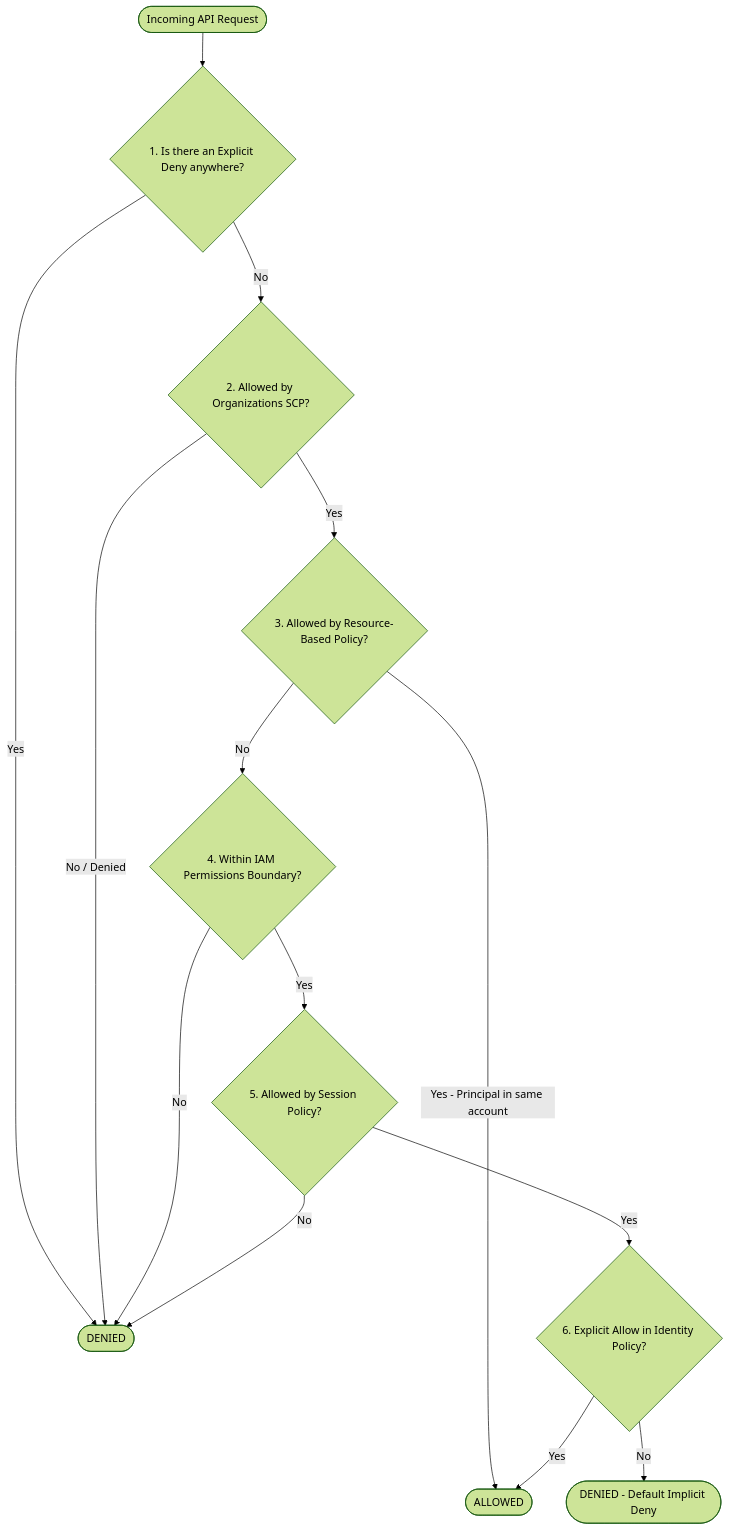
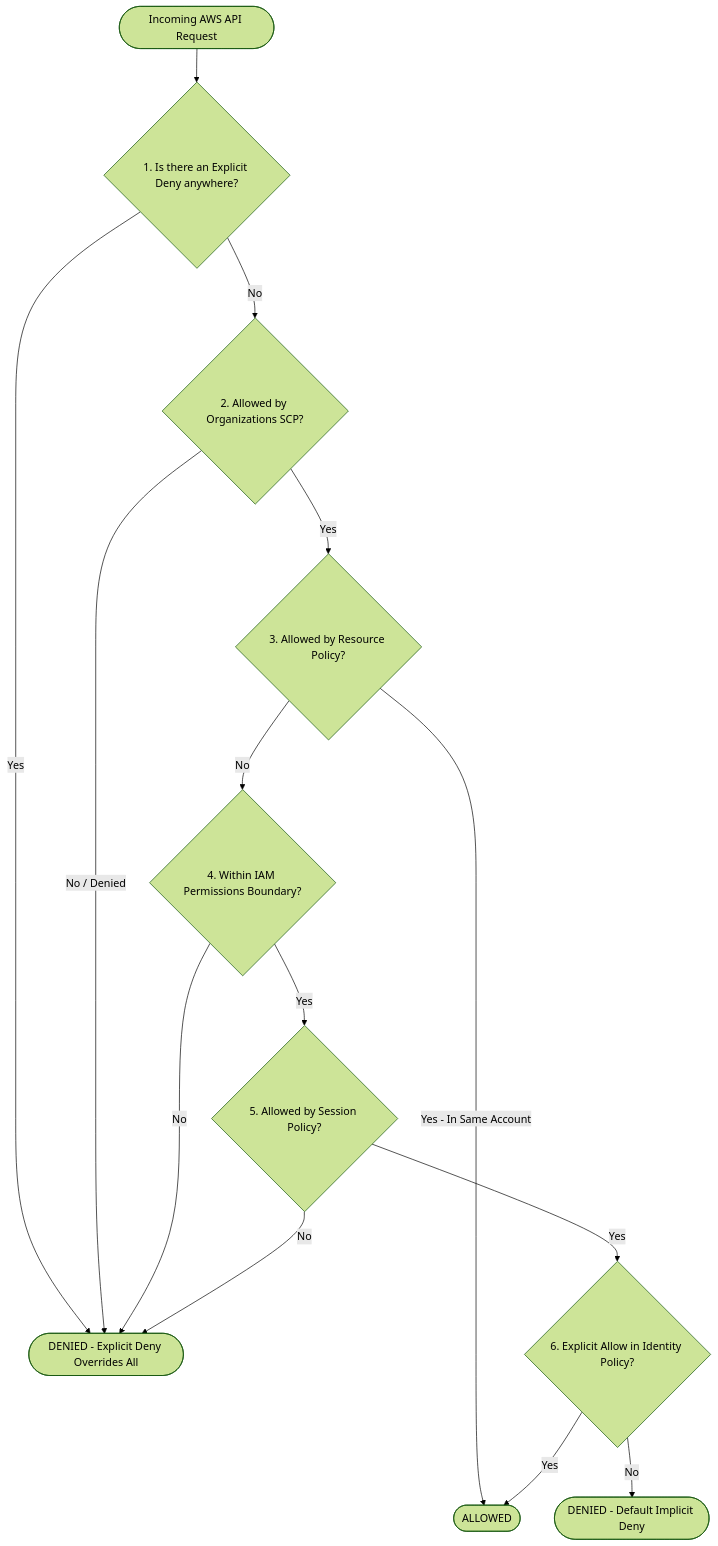
Before and after one commit to fakhruldeen/AWS: the third of 3 diagrams in Cloud/Practitioner/CLF-C02/06_Explanations/02_Security_and_Compliance/AWS_IAM_and_Identity.md, drawn with Mermaid (forest theme). The commit also changed other lines of this file and 18 other files, not shown here.

````diff
--- a/Cloud/Practitioner/CLF-C02/06_Explanations/02_Security_and_Compliance/AWS_IAM_and_Identity.md
+++ b/Cloud/Practitioner/CLF-C02/06_Explanations/02_Security_and_Compliance/AWS_IAM_and_Identity.md
@@ -64,21 +135,21 @@
 ```mermaid
 flowchart TD
-    Req([Incoming API Request]) --> DenyCheck{1. Is there an Explicit Deny anywhere?}
-    DenyCheck -->|Yes| Denied([DENIED])
+    Req([Incoming AWS API Request]) --> Step1{1. Is there an Explicit Deny anywhere?}
+    Step1 -->|Yes| Denied([DENIED - Explicit Deny Overrides All])
     
-    DenyCheck -->|No| OrgSCP{2. Allowed by Organizations SCP?}
-    OrgSCP -->|No / Denied| Denied
+    Step1 -->|No| Step2{2. Allowed by Organizations SCP?}
+    Step2 -->|No / Denied| Denied
     
-    OrgSCP -->|Yes| ResourcePolicy{3. Allowed by Resource-Based Policy?}
-    ResourcePolicy -->|Yes - Principal in same account| Allowed([ALLOWED])
+    Step2 -->|Yes| Step3{3. Allowed by Resource Policy?}
+    Step3 -->|Yes - In Same Account| Allowed([ALLOWED])
     
-    ResourcePolicy -->|No| BoundaryCheck{4. Within IAM Permissions Boundary?}
-    BoundaryCheck -->|No| Denied
+    Step3 -->|No| Step4{4. Within IAM Permissions Boundary?}
+    Step4 -->|No| Denied
     
-    BoundaryCheck -->|Yes| SessionPolicy{5. Allowed by Session Policy?}
-    SessionPolicy -->|No| Denied
+    Step4 -->|Yes| Step5{5. Allowed by Session Policy?}
+    Step5 -->|No| Denied
     
-    SessionPolicy -->|Yes| IdentityPolicy{6. Explicit Allow in Identity Policy?}
-    IdentityPolicy -->|Yes| Allowed
-    IdentityPolicy -->|No| ImplicitDeny([DENIED - Default Implicit Deny])
+    Step5 -->|Yes| Step6{6. Explicit Allow in Identity Policy?}
+    Step6 -->|Yes| Allowed
+    Step6 -->|No| ImplicitDeny([DENIED - Default Implicit Deny])
 ```
````
